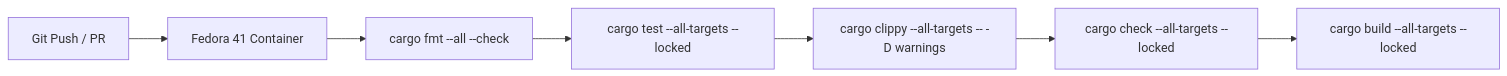
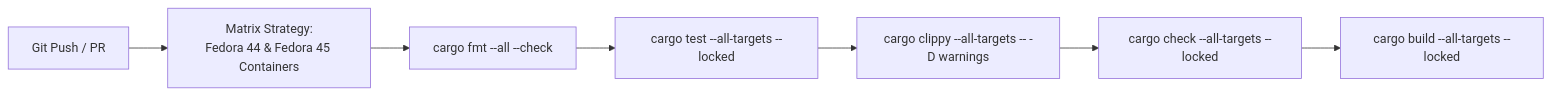
The diagram in docs/packaging-and-ci.md (GlitchSlayed/RustyUKI), drawn with Mermaid before and after one commit. The commit also changed other lines of this file and 5 other files, not shown here.

````diff
--- a/docs/packaging-and-ci.md
+++ b/docs/packaging-and-ci.md
@@ -77,9 +77,9 @@
 ```mermaid
 flowchart LR
-    PushOrPR["Git Push / PR"] --> Container["Fedora 41 Container"]
-    Container --> Fmt["cargo fmt --all --check"]
+    PushOrPR["Git Push / PR"] --> Matrix["Matrix Strategy:<br/>Fedora 44 & Fedora 45 Containers"]
+    Matrix --> Fmt["cargo fmt --all --check"]
     Fmt --> Tests["cargo test --all-targets --locked"]
     Tests --> Clippy["cargo clippy --all-targets -- -D warnings"]
     Clippy --> Check["cargo check --all-targets --locked"]
     Check --> Build["cargo build --all-targets --locked"]
 ```
````
